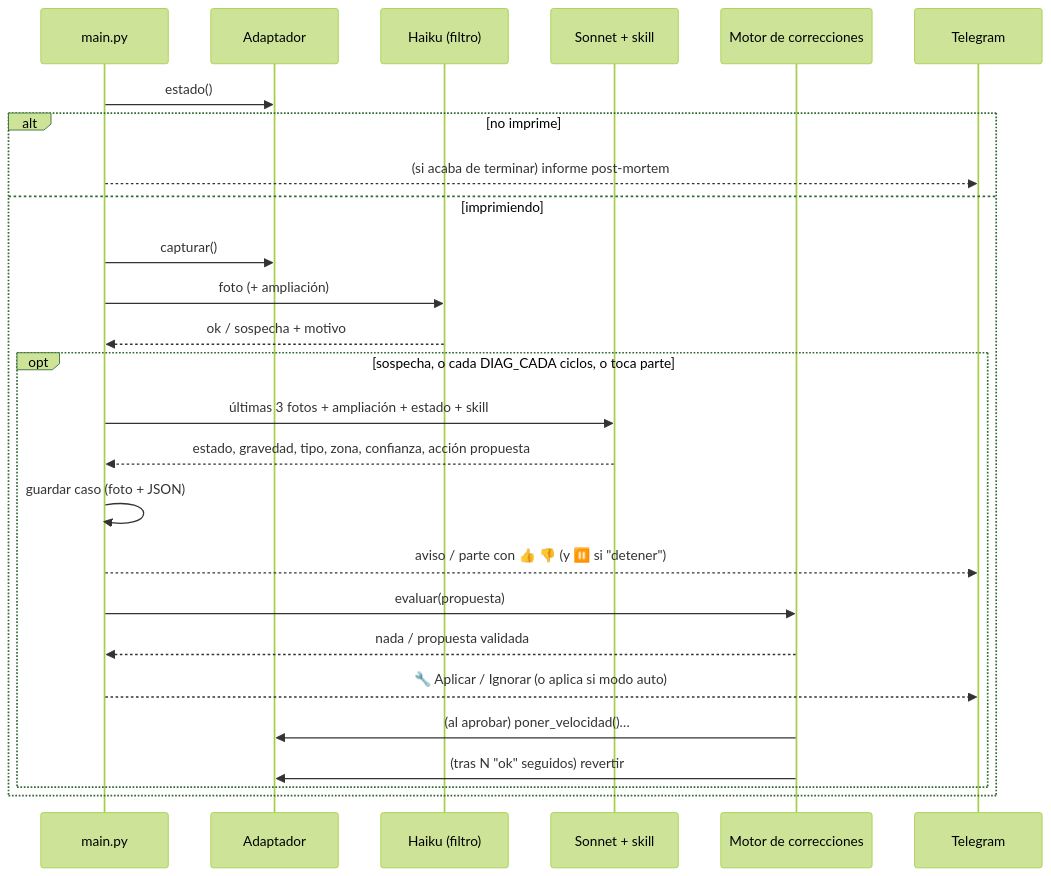
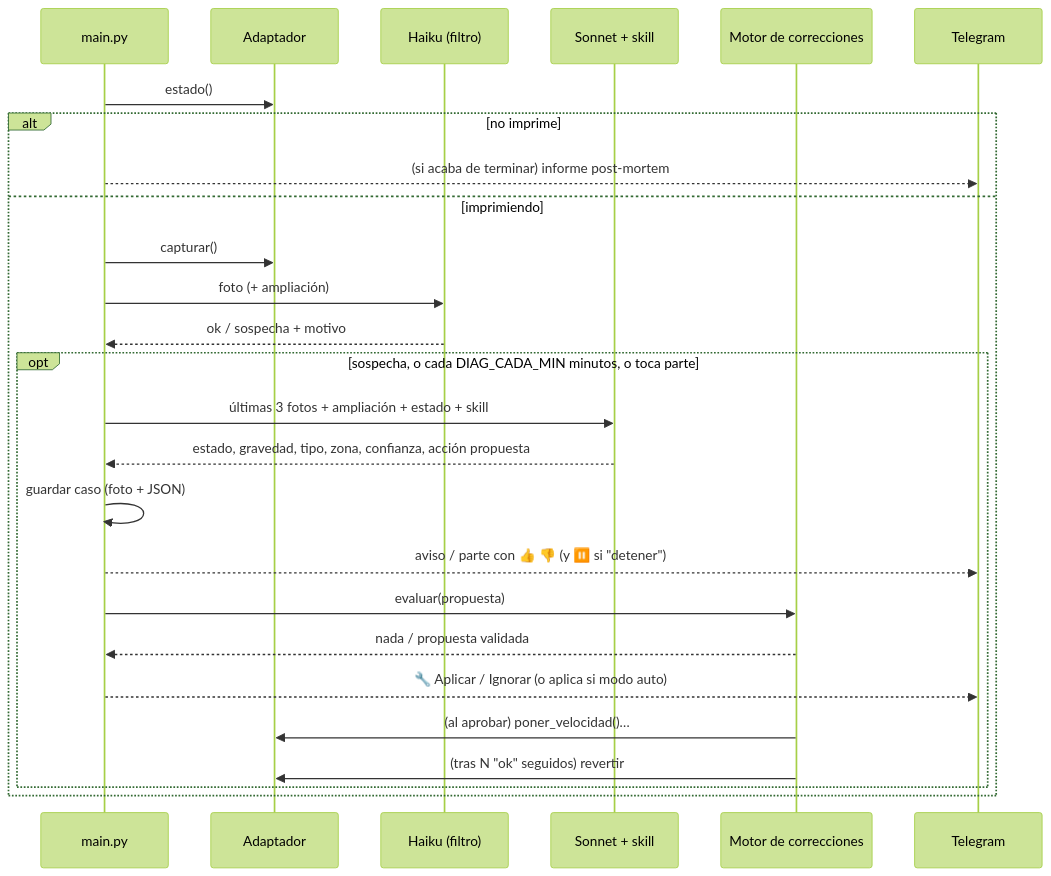
Before and after one commit to rexcacayo/vigia_3d: the second of 2 diagrams in docs/ARQUITECTURA.md, drawn with Mermaid (forest theme). The commit also changed other lines of this file and 8 other files, not shown here.

````diff
--- a/docs/ARQUITECTURA.md
+++ b/docs/ARQUITECTURA.md
@@ -59,28 +64,28 @@
 ```mermaid
 sequenceDiagram
     participant M as main.py
     participant A as Adaptador
     participant H as Haiku (filtro)
     participant S as Sonnet + skill
     participant R as Motor de correcciones
     participant T as Telegram
     M->>A: estado()
     alt no imprime
         M-->>T: (si acaba de terminar) informe post-mortem
     else imprimiendo
         M->>A: capturar()
         M->>H: foto (+ ampliación)
         H-->>M: ok / sospecha + motivo
-        opt sospecha, o cada DIAG_CADA ciclos, o toca parte
+        opt sospecha, o cada DIAG_CADA_MIN minutos, o toca parte
             M->>S: últimas 3 fotos + ampliación + estado + skill
             S-->>M: estado, gravedad, tipo, zona, confianza, acción propuesta
             M->>M: guardar caso (foto + JSON)
             M-->>T: aviso / parte con 👍 👎 (y ⏸️ si "detener")
             M->>R: evaluar(propuesta)
             R-->>M: nada / propuesta validada
             M-->>T: 🔧 Aplicar / Ignorar (o aplica si modo auto)
             R->>A: (al aprobar) poner_velocidad()…
             R->>A: (tras N "ok" seguidos) revertir
         end
     end
 ```
````
